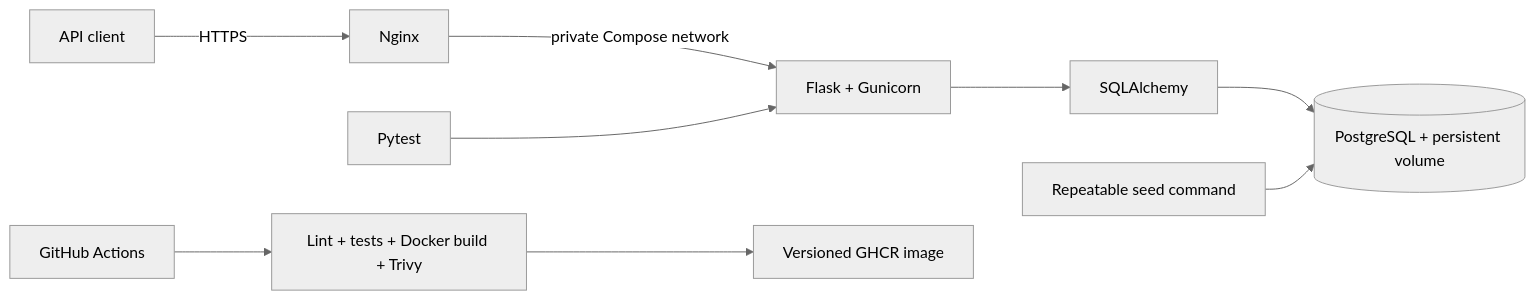
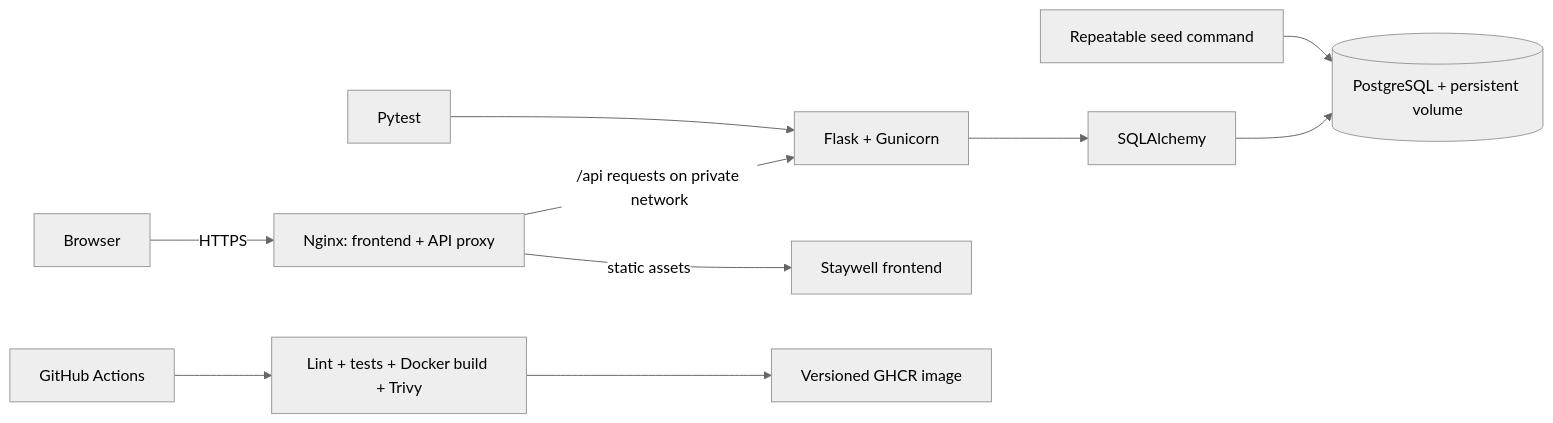
Before and after one commit to Alekhyaareddy/Hotel_Booking_DevOps: the diagram in README.md, drawn with Mermaid (neutral theme). The commit also changed other lines of this file and 9 other files, not shown here.

````diff
--- a/README.md
+++ b/README.md
@@ -7,11 +7,12 @@
 ```mermaid
 flowchart LR
-    C[API client] -->|HTTPS| N[Nginx]
-    N -->|private Compose network| A[Flask + Gunicorn]
+    C[Browser] -->|HTTPS| N[Nginx: frontend + API proxy]
+    N -->|/api requests on private network| A[Flask + Gunicorn]
+    N -->|static assets| F[Staywell frontend]
     A --> S[SQLAlchemy]
     S --> P[(PostgreSQL + persistent volume)]
     Seed[Repeatable seed command] --> P
     T[Pytest] --> A
     G[GitHub Actions] --> L[Lint + tests + Docker build + Trivy]
     L --> R[Versioned GHCR image]
 ```
````
